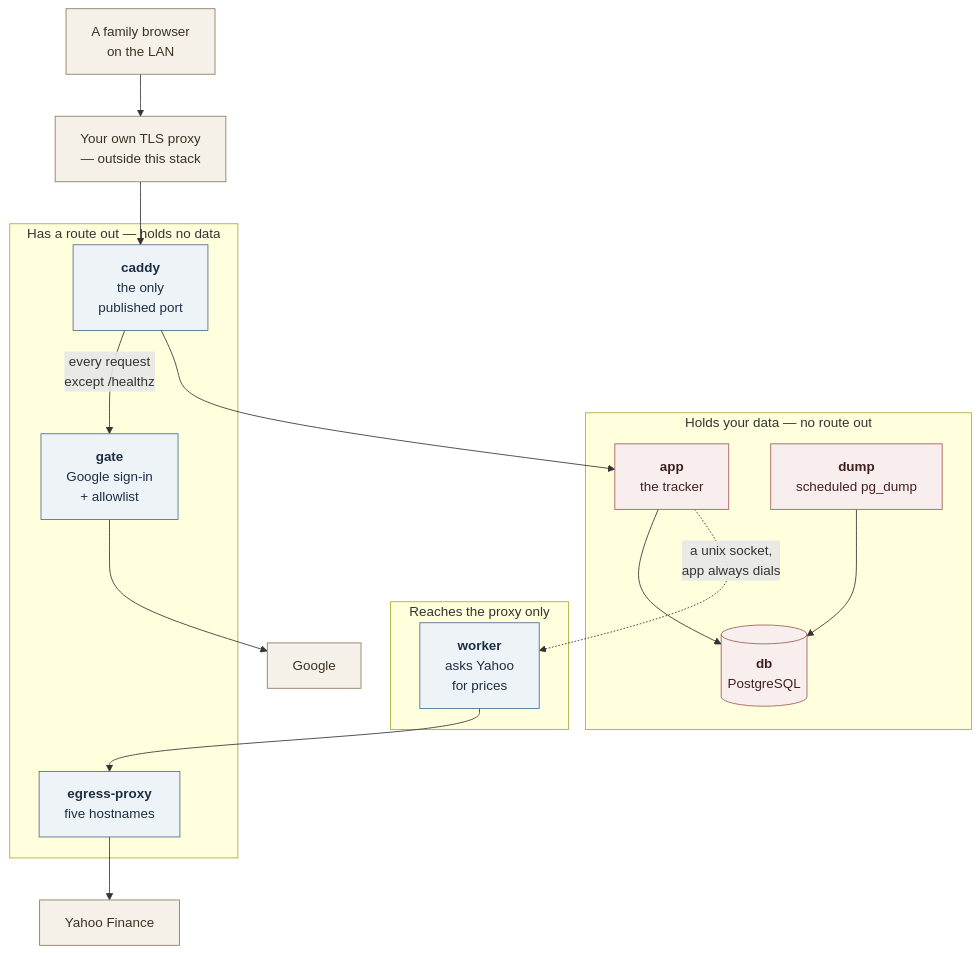
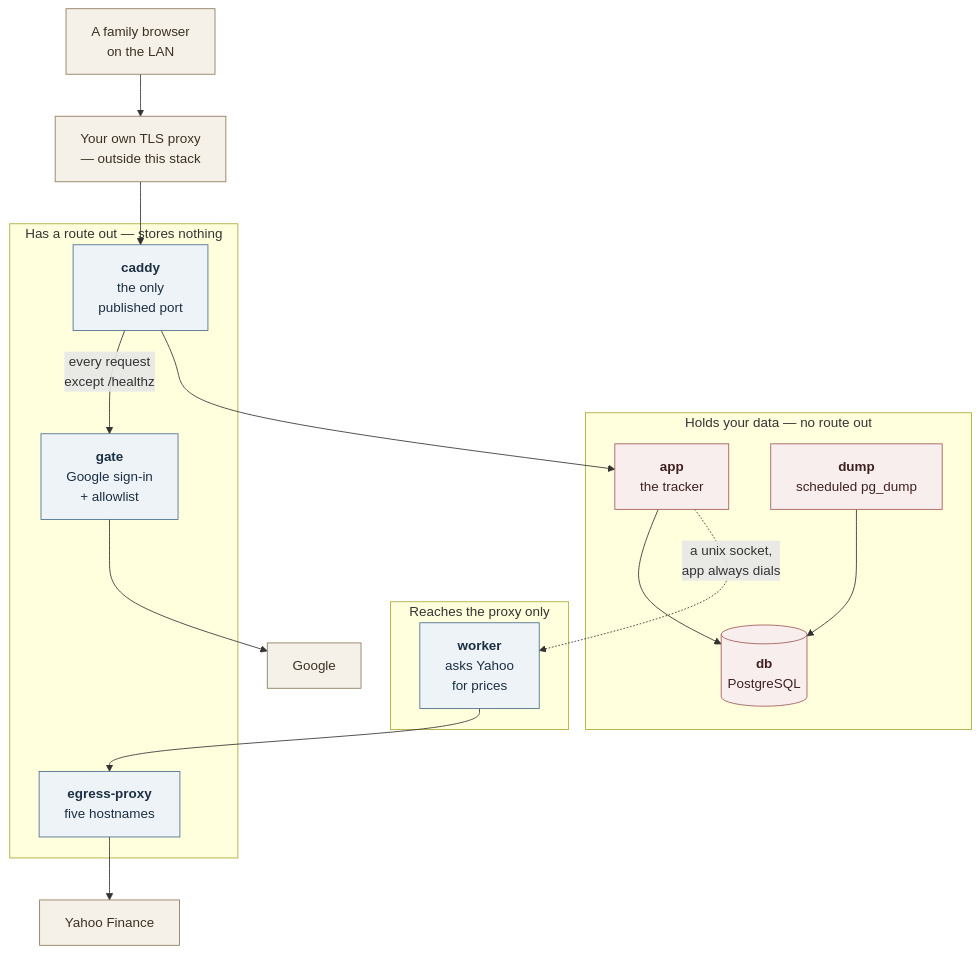
One commit to chethan123/portfolio changed the third of 4 diagrams in docs/security.md. Above: the diagram before and after it, drawn with Mermaid. The commit also changed other lines of this file and 2 other files, not shown here.

````diff
--- a/docs/security.md
+++ b/docs/security.md
@@ -133,41 +141,41 @@
 ```mermaid
 graph TB
     you["A family browser<br/>on the LAN"]
     house["Your own TLS proxy<br/>— outside this stack"]
 
     subgraph sealed["Holds your data — no route out"]
         app["<b>app</b><br/>the tracker"]
         db[("<b>db</b><br/>PostgreSQL")]
         dump["<b>dump</b><br/>scheduled pg_dump"]
     end
 
     subgraph lone["Reaches the proxy only"]
         worker["<b>worker</b><br/>asks Yahoo<br/>for prices"]
     end
 
-    subgraph out["Has a route out — holds no data"]
+    subgraph out["Has a route out — stores nothing"]
         caddy["<b>caddy</b><br/>the only<br/>published port"]
         gate["<b>gate</b><br/>Google sign-in<br/>+ allowlist"]
         proxy["<b>egress-proxy</b><br/>five hostnames"]
     end
 
     google["Google"]
     yahoo["Yahoo Finance"]
 
     you --> house --> caddy
     caddy -->|"every request<br/>except /healthz"| gate
     caddy --> app
     app --> db
     dump --> db
     app -.->|"a unix socket,<br/>app always dials"| worker
     worker --> proxy
     gate --> google
     proxy --> yahoo
 
     classDef data fill:#f8eeee,stroke:#a05a5a,color:#3f2020
     classDef svc fill:#eef3f8,stroke:#4a6d8c,color:#1c2f42
     classDef ext fill:#f5f0e8,stroke:#8a7a5c,color:#3b3222
     class app,db,dump data
     class caddy,gate,proxy,worker svc
     class google,yahoo,house,you ext
 ```
````
